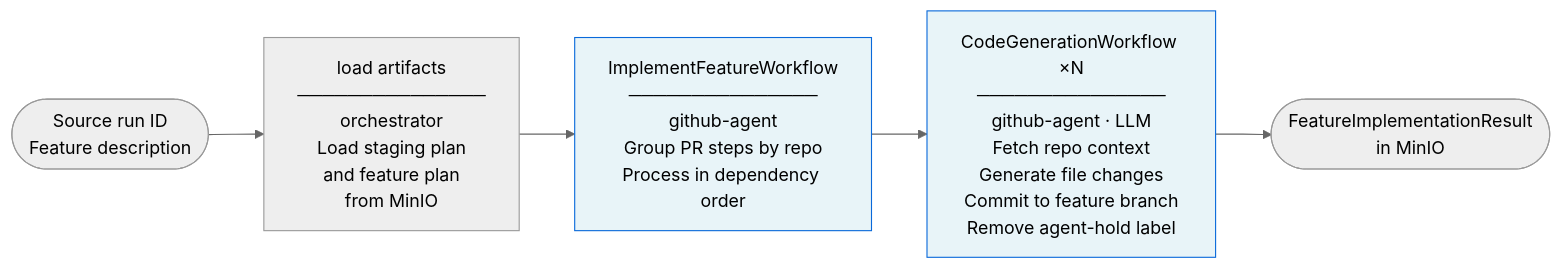
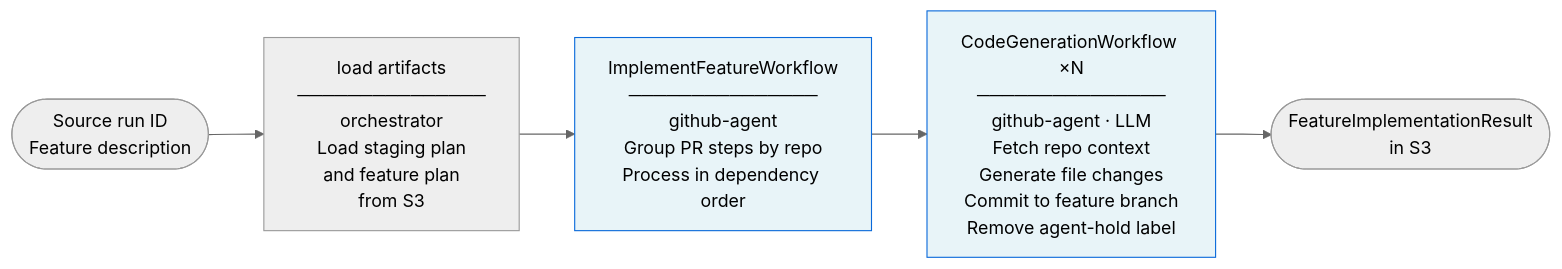
One commit to openshift-splat-team/splat-sdlc-operator changed the eighth of 8 diagrams in README.md. Above: the diagram before and after it, drawn with Mermaid (neutral theme). The commit also changed other lines of this file and 25 other files, not shown here.

````diff
--- a/README.md
+++ b/README.md
@@ -249,15 +249,15 @@
 ```mermaid
 flowchart LR
     IN(["Source run ID\nFeature description"]) --> A
 
-    A["load artifacts\n───────────────\norchestrator\nLoad staging plan\nand feature plan\nfrom MinIO"]
+    A["load artifacts\n───────────────\norchestrator\nLoad staging plan\nand feature plan\nfrom S3"]
 
     A --> B["ImplementFeatureWorkflow\n───────────────\ngithub-agent\nGroup PR steps by repo\nProcess in dependency order"]
 
     B --> C["CodeGenerationWorkflow ×N\n───────────────\ngithub-agent · LLM\nFetch repo context\nGenerate file changes\nCommit to feature branch\nRemove agent-hold label"]
 
-    C --> OUT([FeatureImplementationResult\nin MinIO])
+    C --> OUT([FeatureImplementationResult\nin S3])
 
     style B fill:#e8f4f8,stroke:#0969da,color:#000
     style C fill:#e8f4f8,stroke:#0969da,color:#000
 ```
````
